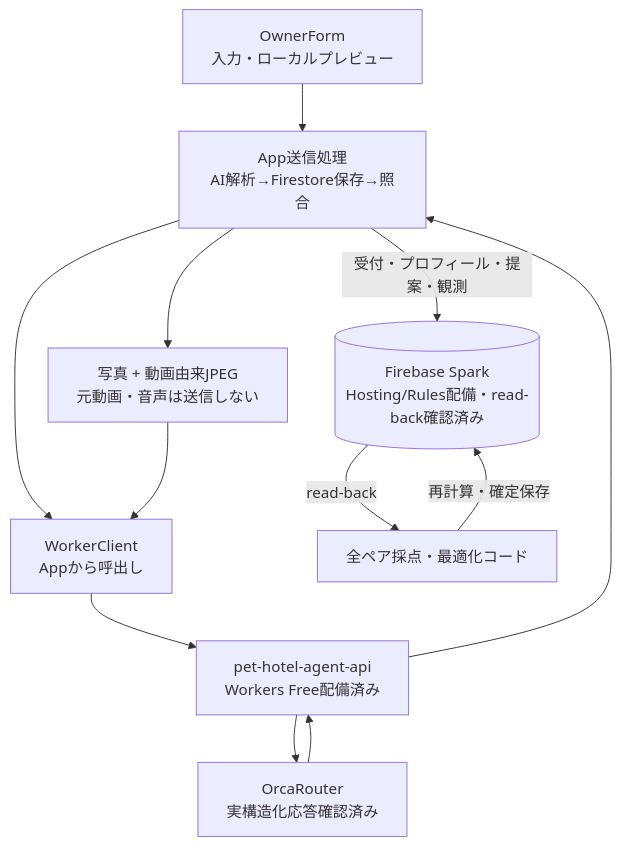
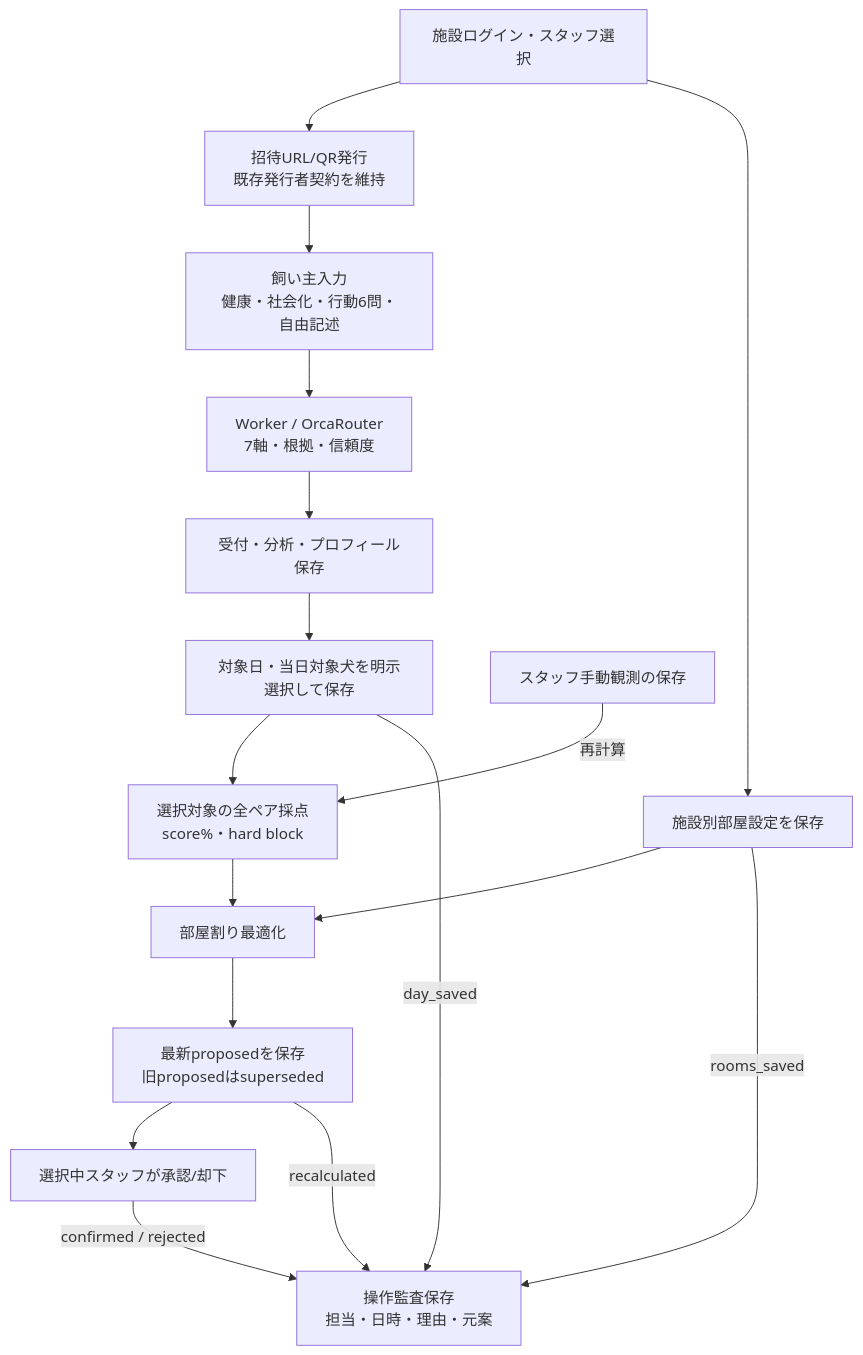
The second of 3 diagrams in docs/アーキテクチャ図.md (NoSea41oceanV/AI-HACK-2020609), drawn with Mermaid before and after one commit. The commit also changed other lines of this file and 6 other files, not shown here.

```diff
--- a/docs/アーキテクチャ図.md
+++ b/docs/アーキテクチャ図.md
@@ -38,23 +27,26 @@
 ~~~mermaid
-flowchart TB
-    Form[OwnerForm<br/>入力・ローカルプレビュー]
-    App[App送信処理<br/>AI解析→Firestore保存→照合]
-    Firebase[(Firebase Spark<br/>Hosting/Rules配備・read-back確認済み)]
-    WorkerClient[WorkerClient<br/>Appから呼出し]
-    Frame[写真 + 動画由来JPEG<br/>元動画・音声は送信しない]
-    Worker[pet-hotel-agent-api<br/>Workers Free配備済み]
-    Orca[OrcaRouter<br/>実構造化応答確認済み]
-    Matcher[全ペア採点・最適化コード]
-
-    Form --> App
-    App --> WorkerClient
-    App --> Frame
-    Frame --> WorkerClient
-    WorkerClient --> Worker
-    Worker --> Orca
-    Orca --> Worker
-    Worker --> App
-    App -->|受付・プロフィール・提案・観測| Firebase
-    Firebase -->|read-back| Matcher
-    Matcher -->|再計算・確定保存| Firebase
+flowchart TD
+    Login[施設ログイン・スタッフ選択]
+    Invite[招待URL/QR発行<br/>既存発行者契約を維持]
+    Intake[飼い主入力<br/>健康・社会化・行動6問・自由記述]
+    AI[Worker / OrcaRouter<br/>7軸・根拠・信頼度]
+    Profile[受付・分析・プロフィール保存]
+    Select[対象日・当日対象犬を明示選択して保存]
+    Rooms[施設別部屋設定を保存]
+    Pair[選択対象の全ペア採点<br/>score%・hard block]
+    Plan[部屋割り最適化]
+    Proposed[最新proposedを保存<br/>旧proposedはsuperseded]
+    Review[選択中スタッフが承認/却下]
+    Audit[操作監査保存<br/>担当・日時・理由・元案]
+    Manual[スタッフ手動観測の保存]
+    Login --> Invite --> Intake --> AI --> Profile --> Select
+    Login --> Rooms
+    Select --> Pair
+    Rooms --> Plan
+    Pair --> Plan --> Proposed --> Review
+    Review -->|confirmed / rejected| Audit
+    Select -->|day_saved| Audit
+    Rooms -->|rooms_saved| Audit
+    Proposed -->|recalculated| Audit
+    Manual -->|再計算| Pair
 ~~~
```
